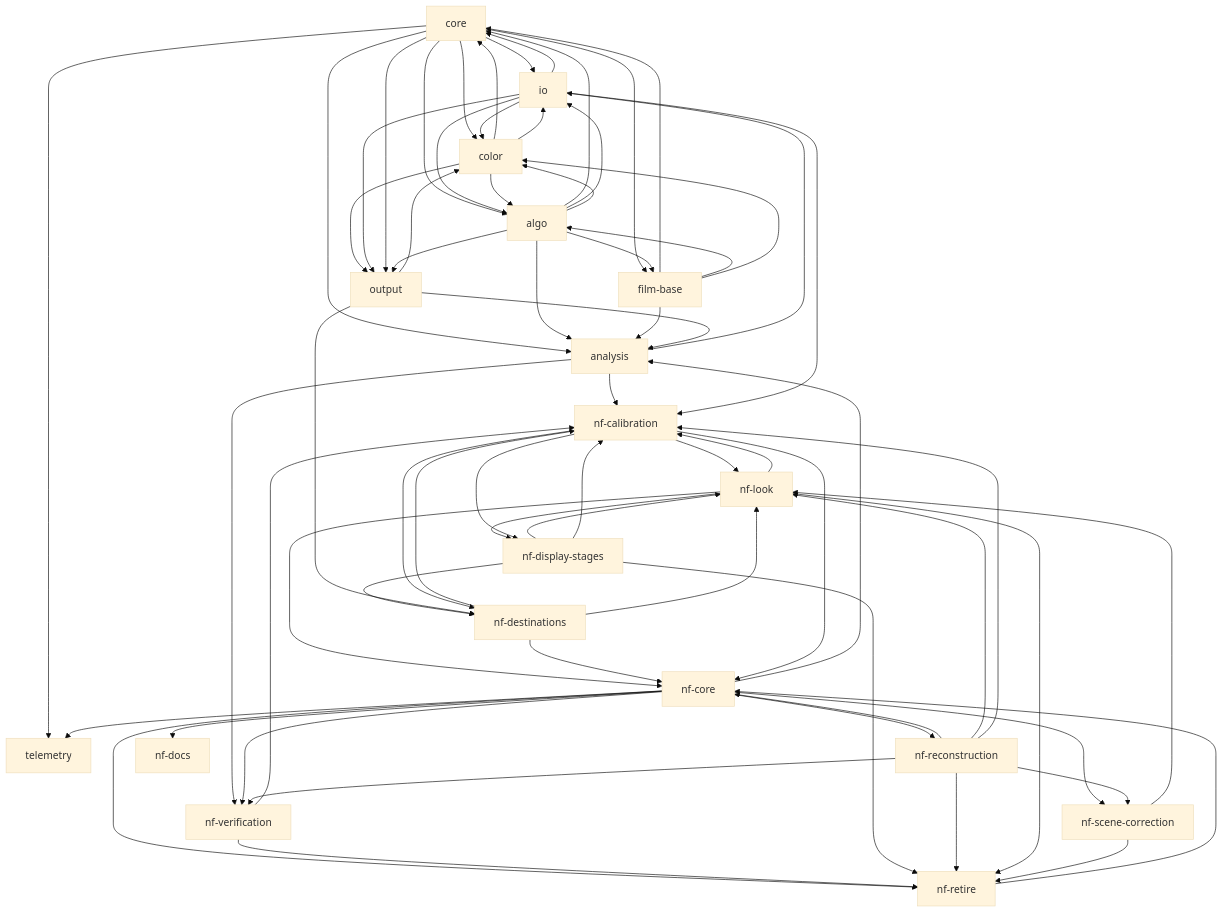
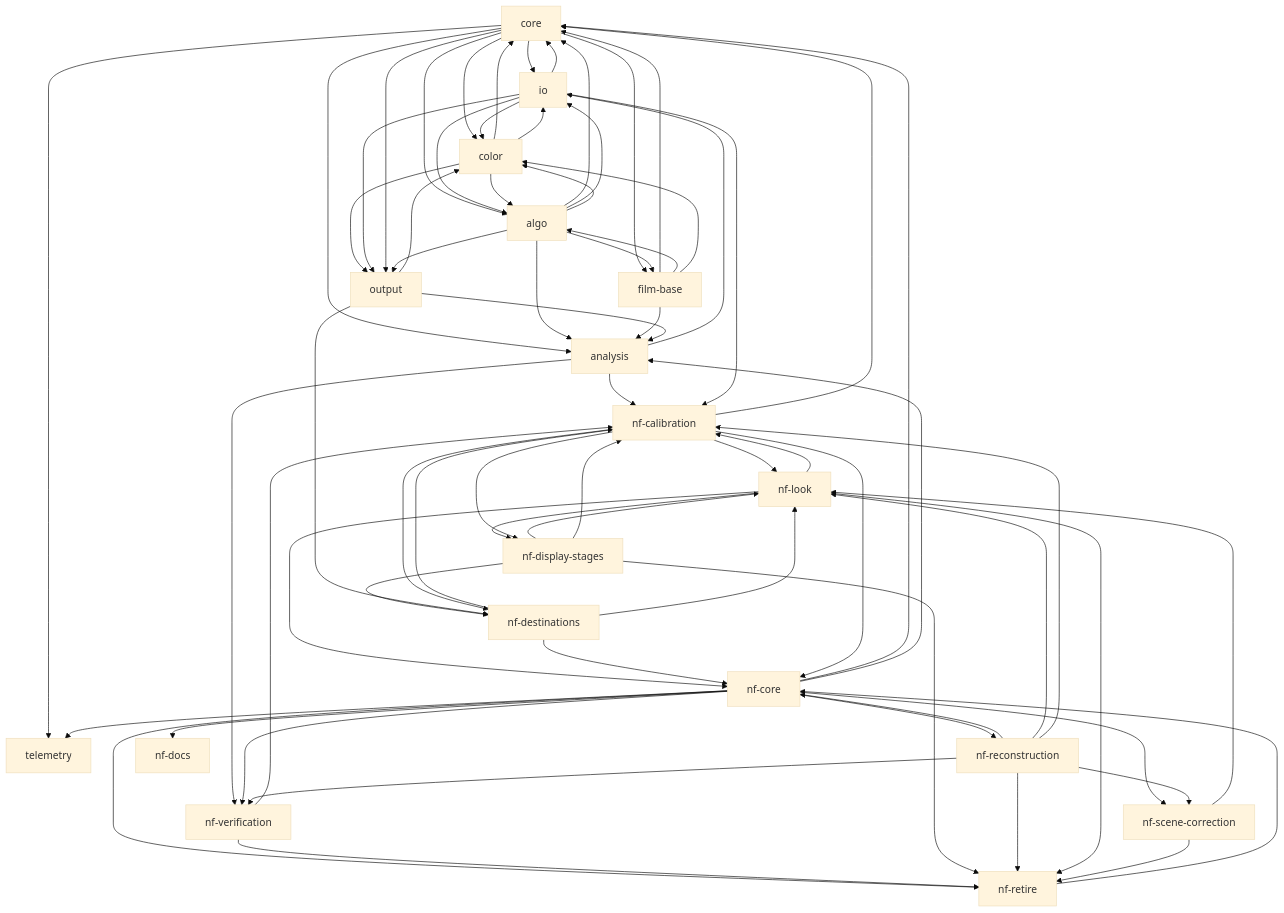
Before and after one commit to lix42/hanten: the first of 2 diagrams in docs/TASKS.md, drawn with Mermaid (base theme). The commit also changed other lines of this file and 18 other files, not shown here.

```diff
--- a/docs/TASKS.md
+++ b/docs/TASKS.md
@@ -176,6 +176,8 @@
   nf-look --> nf-core
   nf-destinations --> nf-core
   nf-calibration --> nf-core
+  nf-calibration --> core
+  nf-core --> core
   nf-scene-correction --> nf-retire
   nf-core --> nf-docs
   nf-core --> analysis
```
